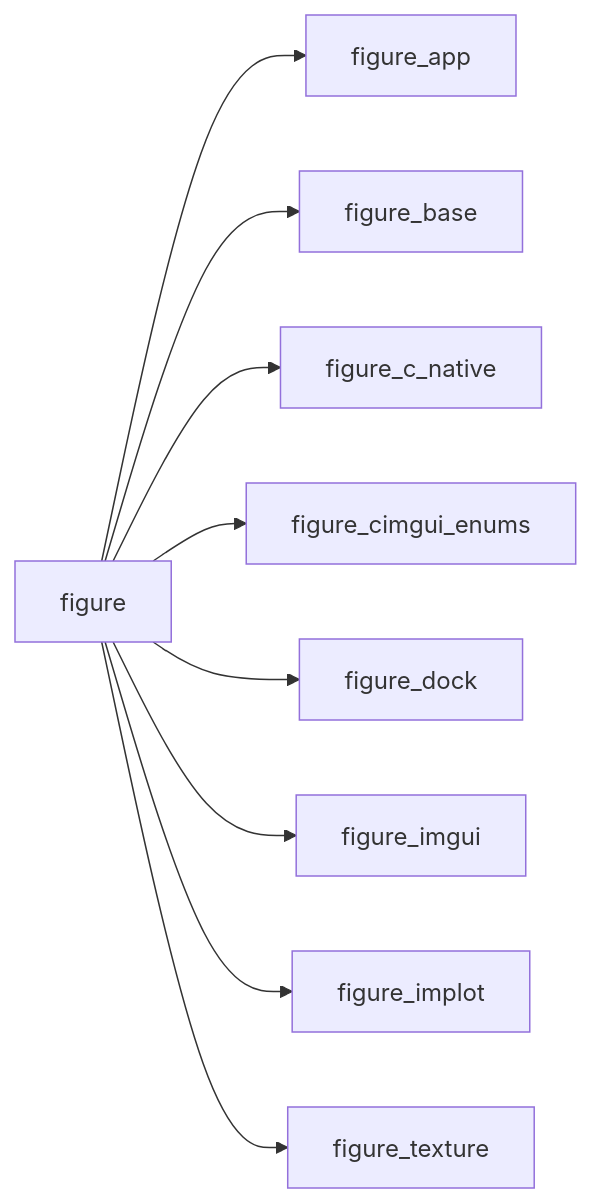
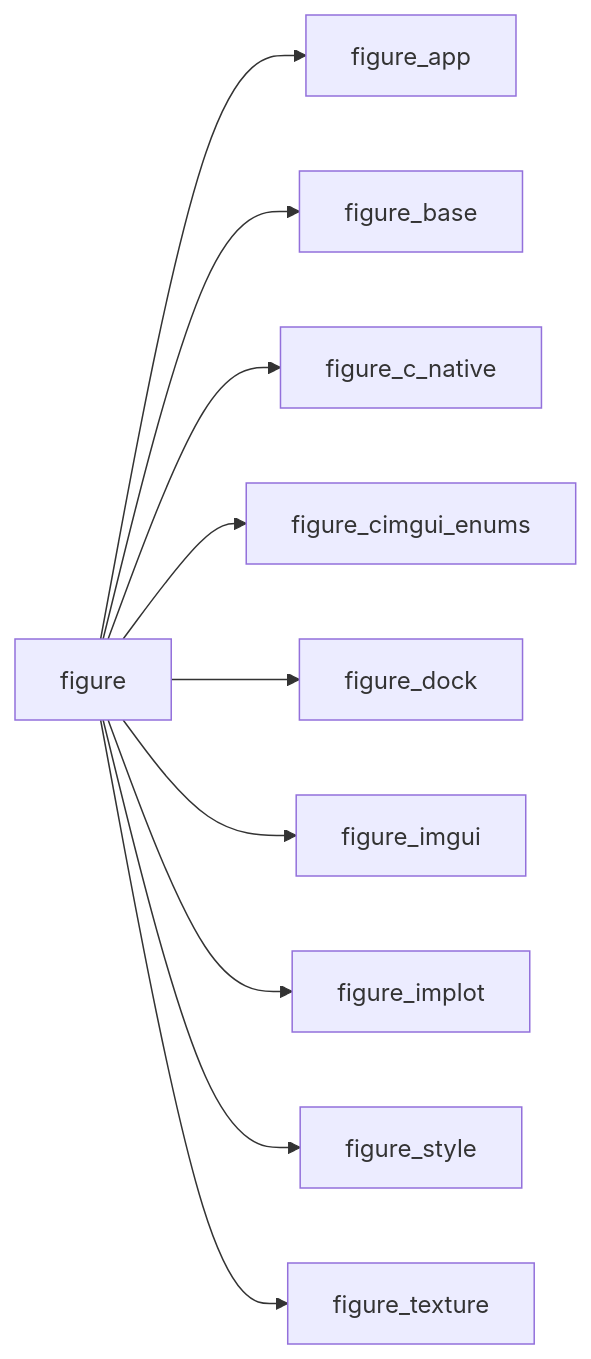
Before and after one commit to szaghi/figure: the diagram in docs/api/src/lib/figure.md, drawn with Mermaid. The commit also changed other lines of this file and 31 other files, not shown here.

````diff
--- a/docs/api/src/lib/figure.md
+++ b/docs/api/src/lib/figure.md
@@ -17,11 +18,12 @@
 ```mermaid
 graph LR
   figure["figure"] --> figure_app["figure_app"]
   figure["figure"] --> figure_base["figure_base"]
   figure["figure"] --> figure_c_native["figure_c_native"]
   figure["figure"] --> figure_cimgui_enums["figure_cimgui_enums"]
   figure["figure"] --> figure_dock["figure_dock"]
   figure["figure"] --> figure_imgui["figure_imgui"]
   figure["figure"] --> figure_implot["figure_implot"]
+  figure["figure"] --> figure_style["figure_style"]
   figure["figure"] --> figure_texture["figure_texture"]
 ```
````
